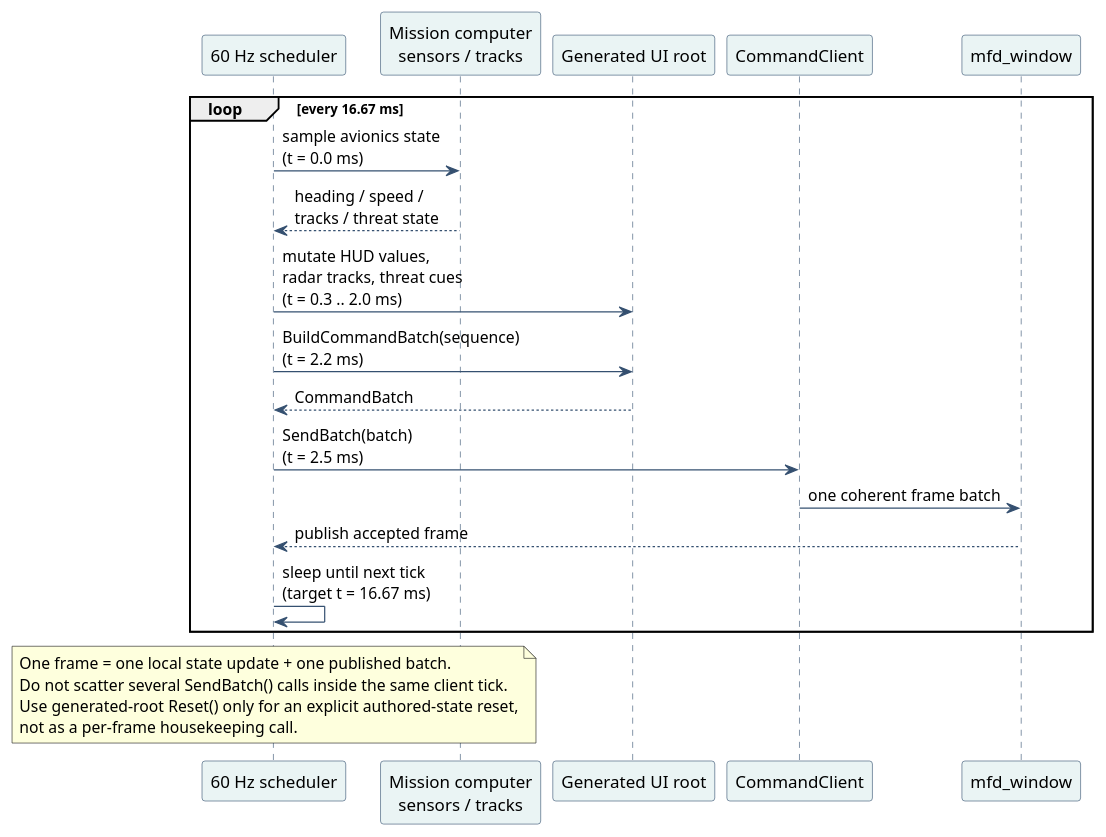
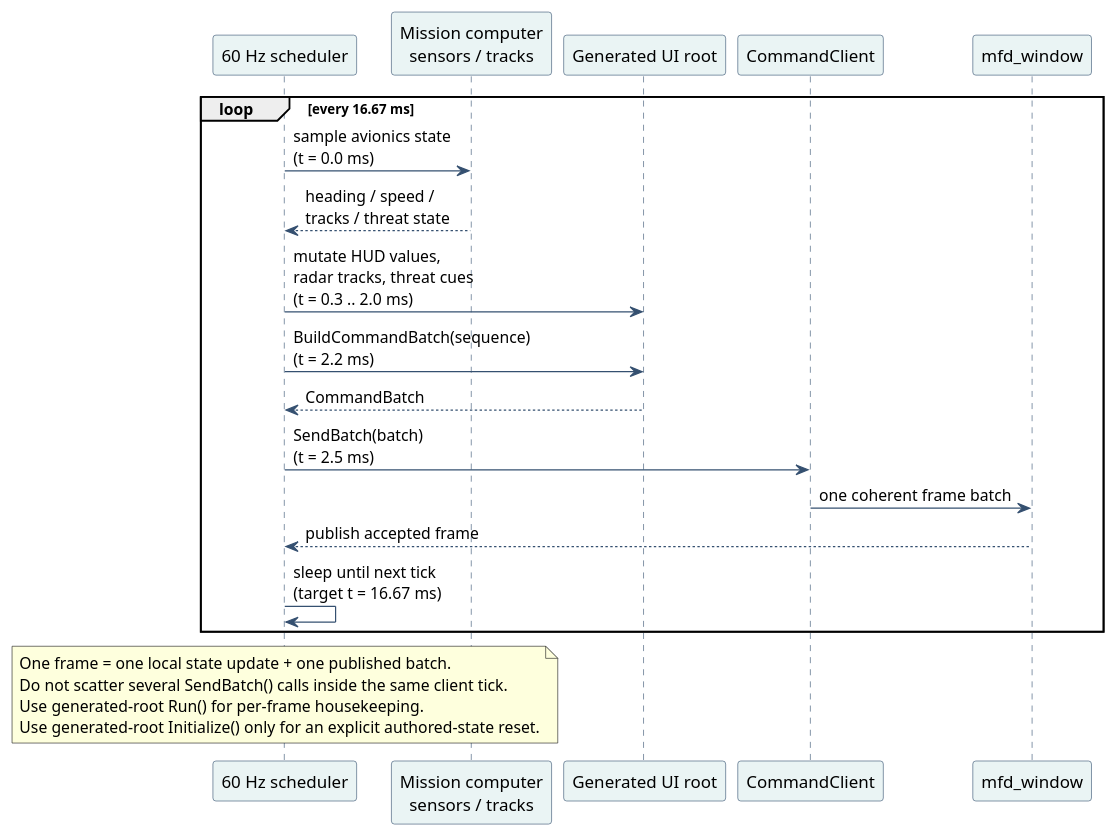
One commit to benoitfragit/MFDStudio changed the diagram in docs/user_guide/diagrams/16_client_loop_60hz_timing.puml. Above: the diagram before and after it, drawn with PlantUML. The commit also changed 16 other files, not shown here.

Commit message:
Implement authored-state reset for generated client UI

```diff
--- a/docs/user_guide/diagrams/16_client_loop_60hz_timing.puml
+++ b/docs/user_guide/diagrams/16_client_loop_60hz_timing.puml
@@ -1,37 +1,37 @@
 @startuml
 skinparam backgroundColor #FFFFFF
 skinparam shadowing false
 skinparam defaultFontName Segoe UI
 skinparam sequence {
   ArrowColor #355070
   LifeLineBorderColor #355070
   LifeLineBackgroundColor #F8FAFC
   ParticipantBorderColor #355070
   ParticipantBackgroundColor #EAF4F4
 }
 
 participant "60 Hz scheduler" as Scheduler
 participant "Mission computer\nsensors / tracks" as Sensors
 participant "Generated UI root" as Ui
 participant "CommandClient" as Client
 participant "mfd_window" as Runtime
 
 loop every 16.67 ms
   Scheduler -> Sensors : sample avionics state\n(t = 0.0 ms)
   Sensors --> Scheduler : heading / speed /\ntracks / threat state
   Scheduler -> Ui : mutate HUD values,\nradar tracks, threat cues\n(t = 0.3 .. 2.0 ms)
   Scheduler -> Ui : BuildCommandBatch(sequence)\n(t = 2.2 ms)
   Ui --> Scheduler : CommandBatch
   Scheduler -> Client : SendBatch(batch)\n(t = 2.5 ms)
   Client -> Runtime : one coherent frame batch
   Runtime --> Scheduler : publish accepted frame
   Scheduler -> Scheduler : sleep until next tick\n(target t = 16.67 ms)
 end
 
 note over Scheduler
 One frame = one local state update + one published batch.
 Do not scatter several SendBatch() calls inside the same client tick.
-Use generated-root Reset() only for an explicit authored-state reset,
-not as a per-frame housekeeping call.
+Use generated-root Run() for per-frame housekeeping.
+Use generated-root Initialize() only for an explicit authored-state reset.
 end note
 @enduml
```
